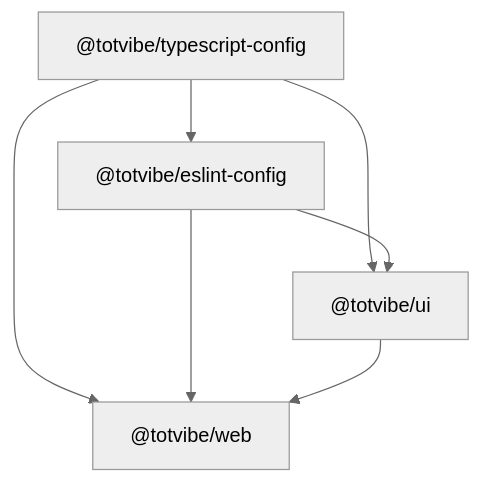
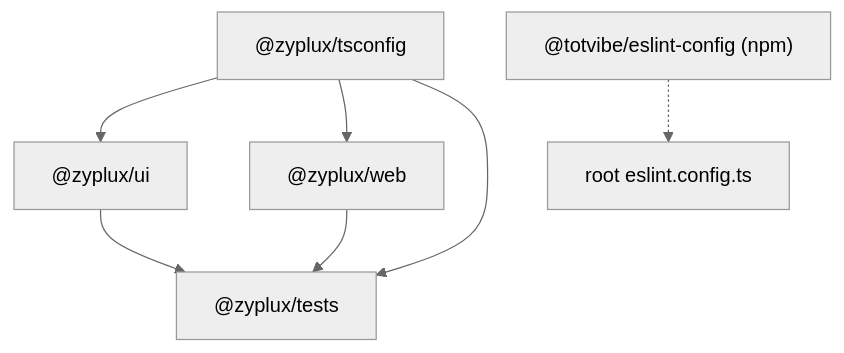
One commit to realSergiy/zyplux-ai changed the diagram in MONOREPO.md. Above: the diagram before and after it, drawn with Mermaid (neutral theme). The commit also changed other lines of this file and 74 other files, not shown here.

````diff
--- a/MONOREPO.md
+++ b/MONOREPO.md
@@ -7,9 +9,9 @@
 ```mermaid
-graph TD
-    A["@totvibe/typescript-config"] --> B["@totvibe/eslint-config"]
-    A --> C["@totvibe/ui"]
-    B --> C
-    A --> D["@totvibe/web"]
-    B --> D
-    C --> D
+flowchart TD
+    tsconfig["@zyplux/tsconfig"] --> ui["@zyplux/ui"]
+    tsconfig --> web["@zyplux/web"]
+    tsconfig --> tests["@zyplux/tests"]
+    ui --> tests
+    web --> tests
+    eslint["@totvibe/eslint-config (npm)"] -.-> root["root eslint.config.ts"]
 ```
````
